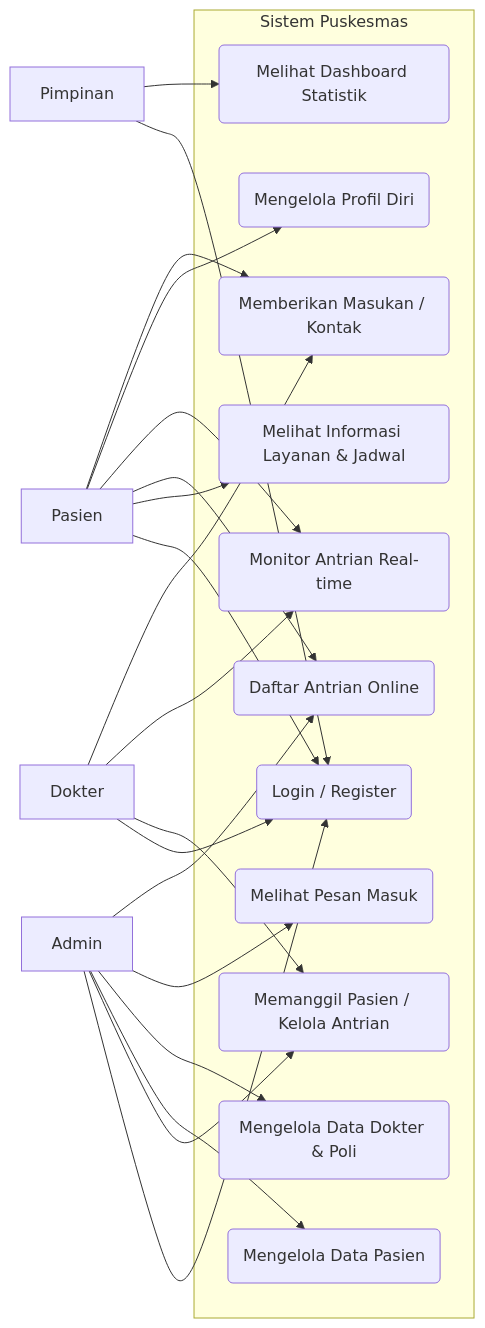
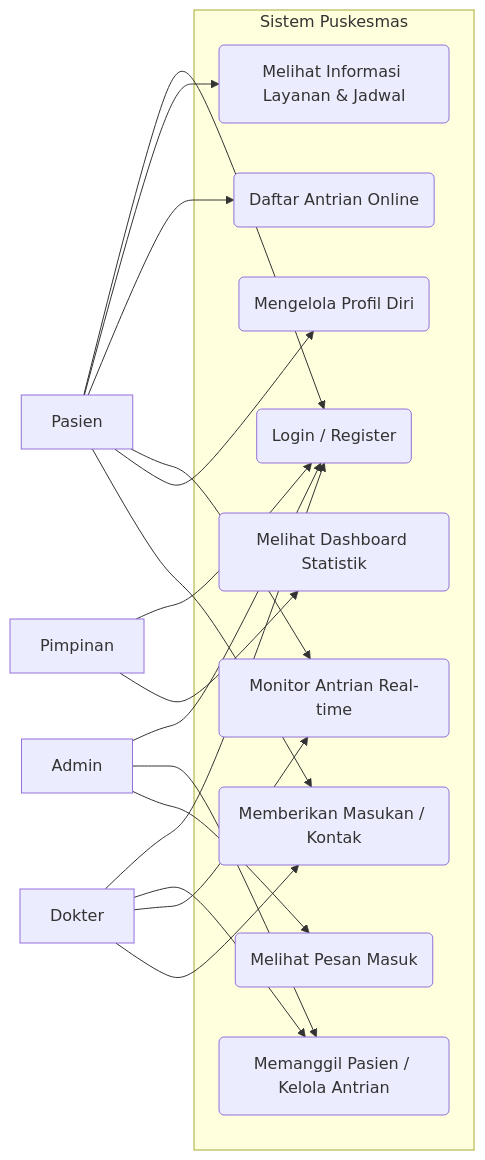
The first of 5 diagrams in system_design.md (iqsanazhr/Puskesmas-Pendaftaran-dan-antrian), drawn with Mermaid before and after one commit.

Commit message:
Update system_design.md: Remove Admin access to patient data and registration

````diff
--- a/system_design.md
+++ b/system_design.md
@@ -15,43 +15,38 @@
 ```mermaid
 graph LR
     P[Pasien]
     D[Dokter]
     A[Admin]
     L[Pimpinan]
 
     subgraph "Sistem Puskesmas"
         UC1(Login / Register)
         UC2(Melihat Informasi Layanan & Jadwal)
         UC3(Daftar Antrian Online)
         UC4(Monitor Antrian Real-time)
         UC5(Mengelola Profil Diri)
         UC6(Memanggil Pasien / Kelola Antrian)
-        UC7(Mengelola Data Pasien)
-        UC8(Mengelola Data Dokter & Poli)
         UC9(Melihat Pesan Masuk)
         UC10(Melihat Dashboard Statistik)
         UC11(Memberikan Masukan / Kontak)
     end
 
     P --> UC1
     P --> UC2
     P --> UC3
     P --> UC4
     P --> UC5
     P --> UC11
 
     D --> UC1
     D --> UC6
     D --> UC4
     D --> UC11
 
     A --> UC1
     A --> UC6
-    A --> UC7
-    A --> UC8
     A --> UC9
-    A --> UC3
 
     L --> UC1
     L --> UC10
 ```
````
